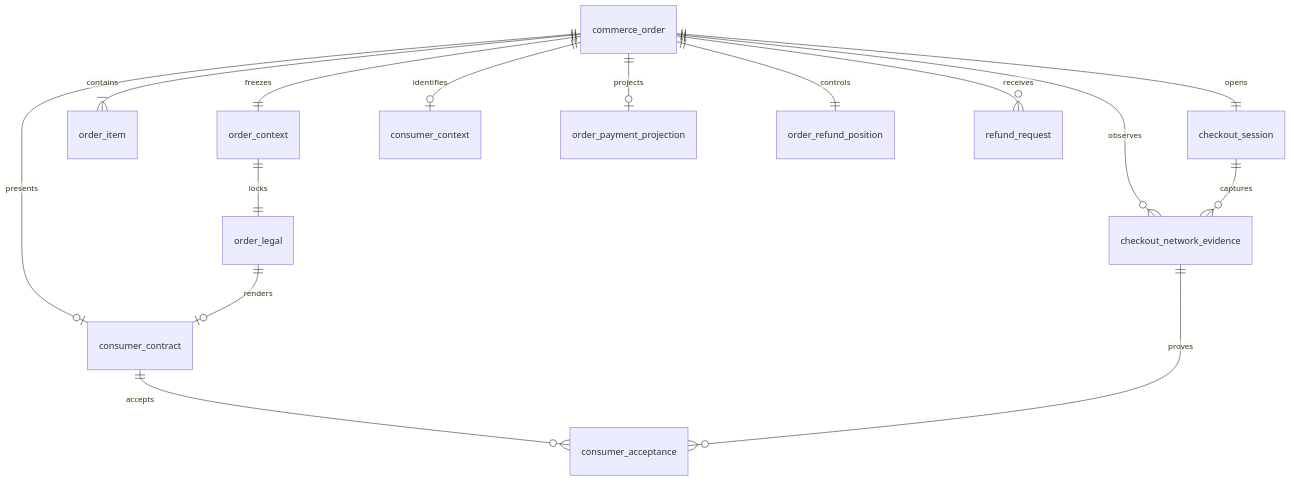
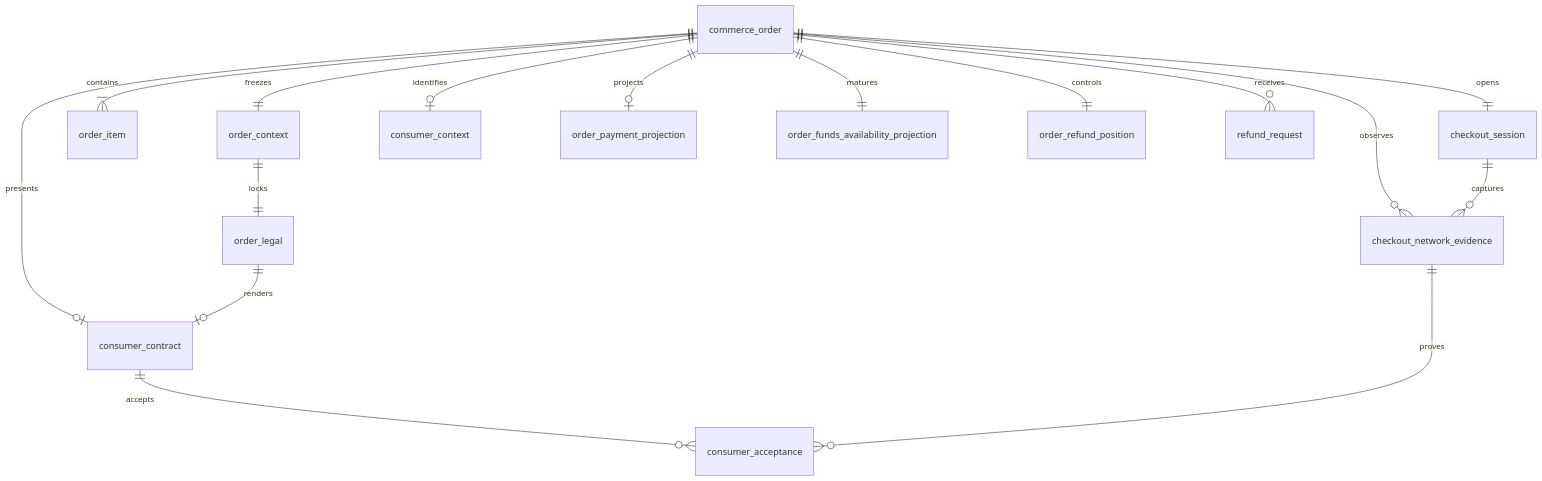
One commit to kenny0924/paytech changed the diagram in agent-docs/database/COMMERCE_DATABASE.md. Above: the diagram before and after it, drawn with Mermaid. The commit also changed other lines of this file and 10 other files, not shown here.

````diff
--- a/agent-docs/database/COMMERCE_DATABASE.md
+++ b/agent-docs/database/COMMERCE_DATABASE.md
@@ -123,17 +144,18 @@
 ```mermaid
 erDiagram
     commerce_order ||--|| order_context : freezes
     order_context ||--|| order_legal : locks
     commerce_order ||--|{ order_item : contains
     commerce_order ||--|| checkout_session : opens
     commerce_order ||--o| consumer_context : identifies
     commerce_order ||--o| consumer_contract : presents
     order_legal ||--o| consumer_contract : renders
     commerce_order ||--o{ checkout_network_evidence : observes
     checkout_session ||--o{ checkout_network_evidence : captures
     consumer_contract ||--o{ consumer_acceptance : accepts
     checkout_network_evidence ||--o{ consumer_acceptance : proves
     commerce_order ||--o| order_payment_projection : projects
+    commerce_order ||--|| order_funds_availability_projection : matures
     commerce_order ||--|| order_refund_position : controls
     commerce_order ||--o{ refund_request : receives
 ```
````
